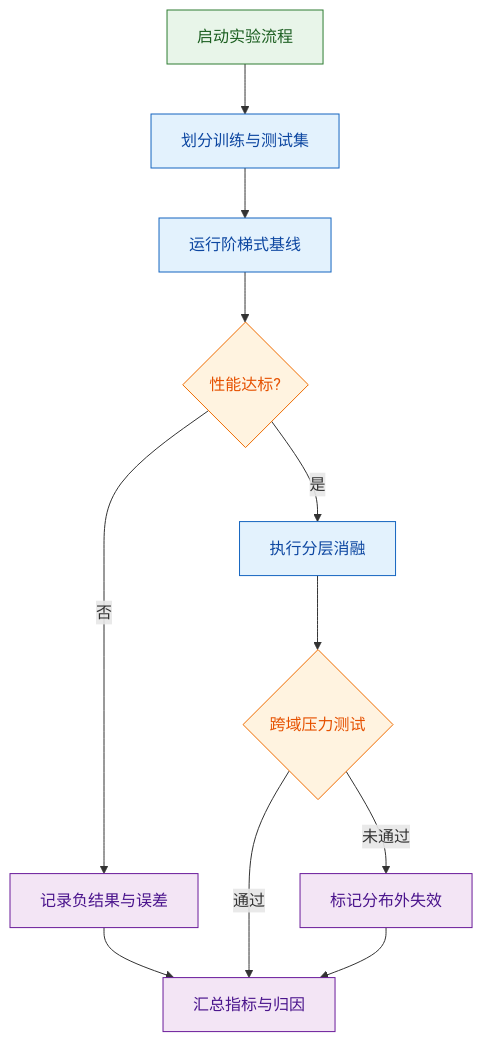
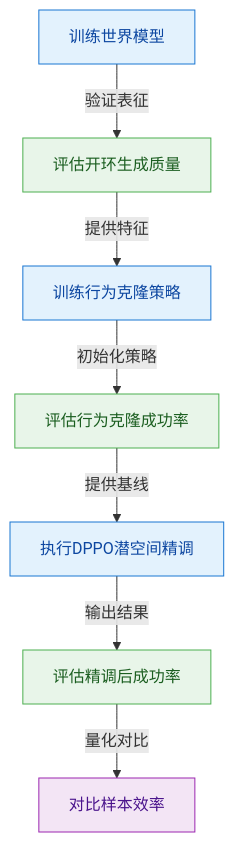
One commit to ShinewineW/paper-rolling changed the fifth of 10 diagrams in person_vault/2026-06-08_EnhancingPolicyLearningWithWorldActionModel_2603.28955/report.md. Above: the diagram before and after it, drawn with Mermaid. The commit also changed other lines of this file and 51 other files, not shown here.

````diff
--- a/person_vault/2026-06-08_EnhancingPolicyLearningWithWorldActionModel_2603.28955/report.md
+++ b/person_vault/2026-06-08_EnhancingPolicyLearningWithWorldActionModel_2603.28955/report.md
@@ -211,18 +300,21 @@
 ```mermaid
 flowchart TD
-    classDef start fill:#e8f5e9,color:#1b5e20,stroke:#2e7d32
-    classDef proc fill:#e3f2fd,color:#0d47a1,stroke:#1565c0
-    classDef check fill:#fff3e0,color:#e65100,stroke:#ef6c00
-    classDef data fill:#f3e5f5,color:#4a148c,stroke:#6a1b9a
+  classDef process fill:#e3f2fd,color:#0d47a1,stroke:#1976d2
+  classDef metric fill:#e8f5e9,color:#1b5e20,stroke:#4caf50
+  classDef decision fill:#f3e5f5,color:#4a148c,stroke:#9c27b0
 
-    start_node["启动实验流程"]:::start --> split_task["划分训练与测试集"]:::proc
-    split_task --> run_baseline["运行阶梯式基线"]:::proc
-    run_baseline --> check_perf{性能达标?}:::check
-    check_perf -- 否 --> log_fail["记录负结果与误差"]:::data
-    check_perf -- 是 --> run_ablation["执行分层消融"]:::proc
-    run_ablation --> check_robust{跨域压力测试}:::check
-    check_robust -- 通过 --> finalize["汇总指标与归因"]:::data
-    check_robust -- 未通过 --> flag_ood["标记分布外失效"]:::data
-    log_fail --> finalize
-    flag_ood --> finalize
+  train_wm["训练世界模型"]:::process
+  eval_gen["评估开环生成质量"]:::metric
+  train_bc["训练行为克隆策略"]:::process
+  eval_bc["评估行为克隆成功率"]:::metric
+  train_ppo["执行DPPO潜空间精调"]:::process
+  eval_ppo["评估精调后成功率"]:::metric
+  compare_eff["对比样本效率"]:::decision
+
+  train_wm -->|验证表征| eval_gen
+  eval_gen -->|提供特征| train_bc
+  train_bc -->|初始化策略| eval_bc
+  eval_bc -->|提供基线| train_ppo
+  train_ppo -->|输出结果| eval_ppo
+  eval_ppo -->|量化对比| compare_eff
 ```
````
